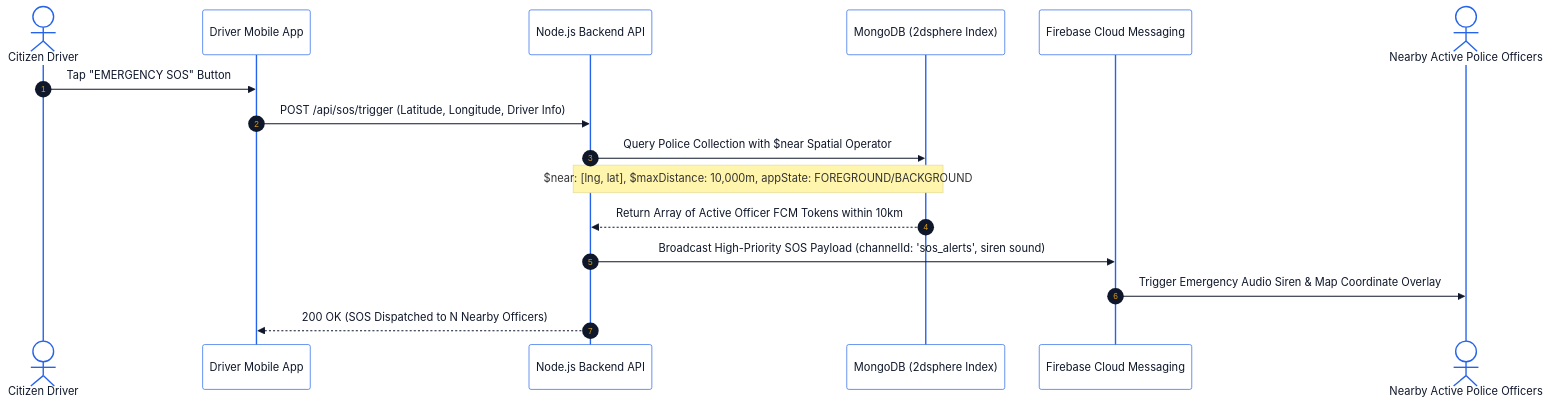
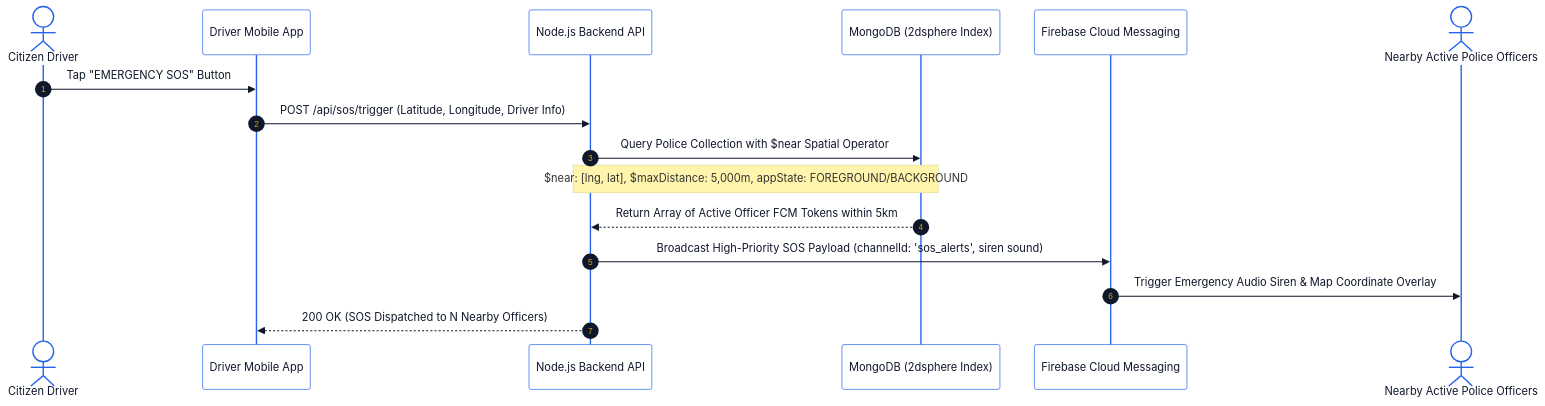
One commit to e-fine-sl/e-fine-sl-traffic-management changed the seventh of 15 diagrams in README.md. Above: the diagram before and after it, drawn with Mermaid. The commit also changed other lines of this file and 5 other files, not shown here.

Commit message:
revert(sos): Keep SOS radius at 5km default with dynamic admin adjustments and update diagram to 5km

````diff
--- a/README.md
+++ b/README.md
@@ -700,22 +700,22 @@
 ```mermaid
 %%{init: {'theme': 'base', 'themeVariables': { 'primaryColor': '#ffffff', 'primaryTextColor': '#0f172a', 'primaryBorderColor': '#2563eb', 'lineColor': '#2563eb', 'secondaryColor': '#f1f5f9', 'tertiaryColor': '#ffffff', 'background': '#ffffff' }}}%%
 sequenceDiagram
     autonumber
     actor Driver as Citizen Driver
     participant App as Driver Mobile App
     participant API as Node.js Backend API
     participant DB as MongoDB (2dsphere Index)
     participant FCM as Firebase Cloud Messaging
     actor Officers as Nearby Active Police Officers
 
     Driver->>App: Tap "EMERGENCY SOS" Button
     App->>API: POST /api/sos/trigger (Latitude, Longitude, Driver Info)
     
     API->>DB: Query Police Collection with $near Spatial Operator
-    Note over API,DB: $near: [lng, lat], $maxDistance: 10,000m, appState: FOREGROUND/BACKGROUND
-    DB-->>API: Return Array of Active Officer FCM Tokens within 10km
+    Note over API,DB: $near: [lng, lat], $maxDistance: 5,000m, appState: FOREGROUND/BACKGROUND
+    DB-->>API: Return Array of Active Officer FCM Tokens within 5km
 
     API->>FCM: Broadcast High-Priority SOS Payload (channelId: 'sos_alerts', siren sound)
     FCM->>Officers: Trigger Emergency Audio Siren & Map Coordinate Overlay
     API-->>App: 200 OK (SOS Dispatched to N Nearby Officers)
 ```
````
